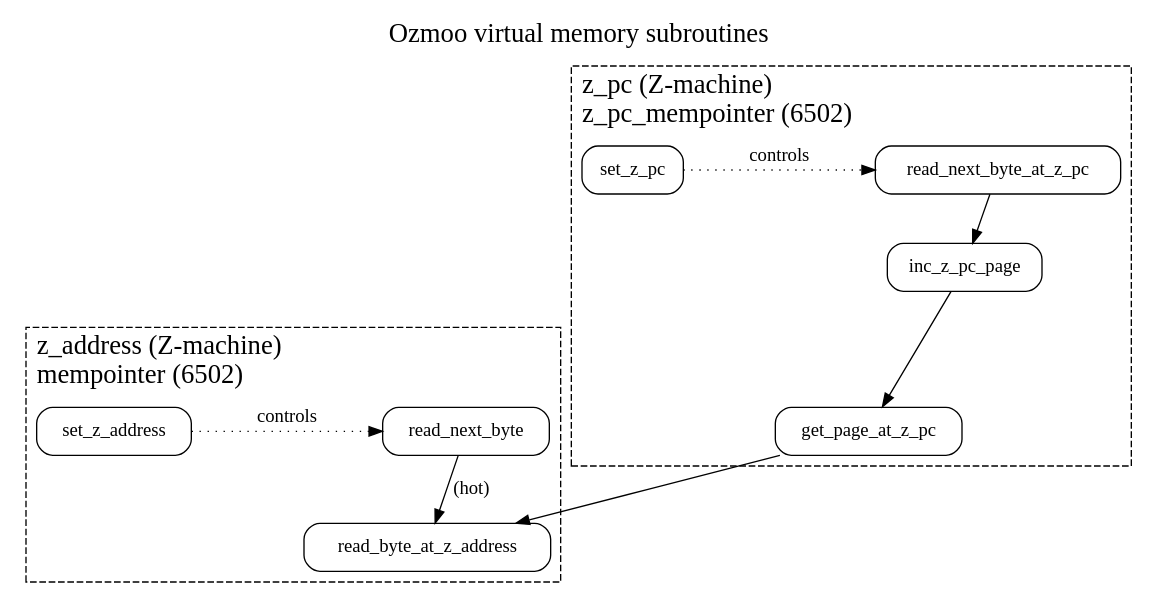
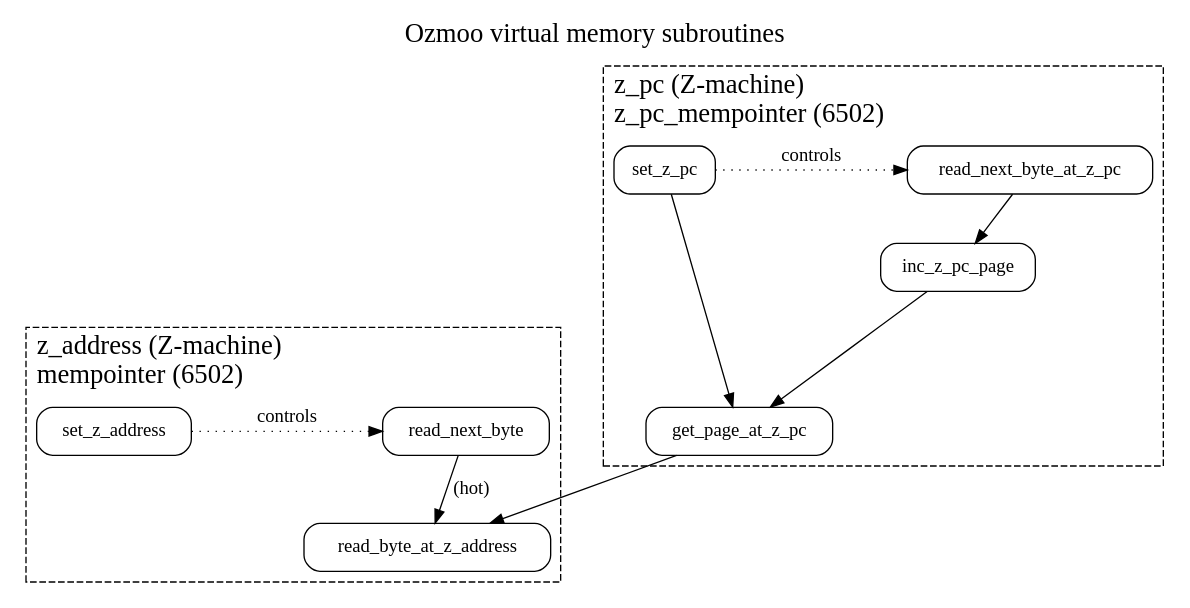
Before and after one commit to ZornsLemma/ozmoo: the diagram in documentation/techdocs/vm-subroutines.dot, drawn with Graphviz.

Commit message:
WIP subroutine diagram

```diff
--- a/documentation/techdocs/vm-subroutines.dot
+++ b/documentation/techdocs/vm-subroutines.dot
@@ -1,28 +1,29 @@
 digraph subroutines {
     graph [nodesep=1, label="Ozmoo virtual memory subroutines", fontsize=20, labelloc=t];
     node [shape=rectangle, style=rounded];
 
     # string_array_read_byte -> read_byte_at_z_address;
     # parse_array_read_byte -> read_byte_at_z_address;
 
     subgraph cluster_mempointer {
 	label = "z_address (Z-machine)\lmempointer (6502)\l";
 	labeljust="l";
 	style=dashed;
 	{ rank=same; set_z_address -> read_next_byte [label="controls", style=dotted] };
 	read_next_byte -> read_byte_at_z_address [label="(hot)"];
     }
 
     subgraph cluster_z_pc_mempointer {
 	label = "z_pc (Z-machine)\lz_pc_mempointer (6502)\l";
 	labeljust="l";
 	style=dashed
 	{ rank=same; set_z_pc -> read_next_byte_at_z_pc [label="controls", style=dotted] };
+	set_z_pc -> get_page_at_z_pc;
 	read_next_byte_at_z_pc -> inc_z_pc_page;
 	inc_z_pc_page -> get_page_at_z_pc;
     }
 
     get_page_at_z_pc -> read_byte_at_z_address;
 }
 
 # vi: sw=4 sts=4
```
